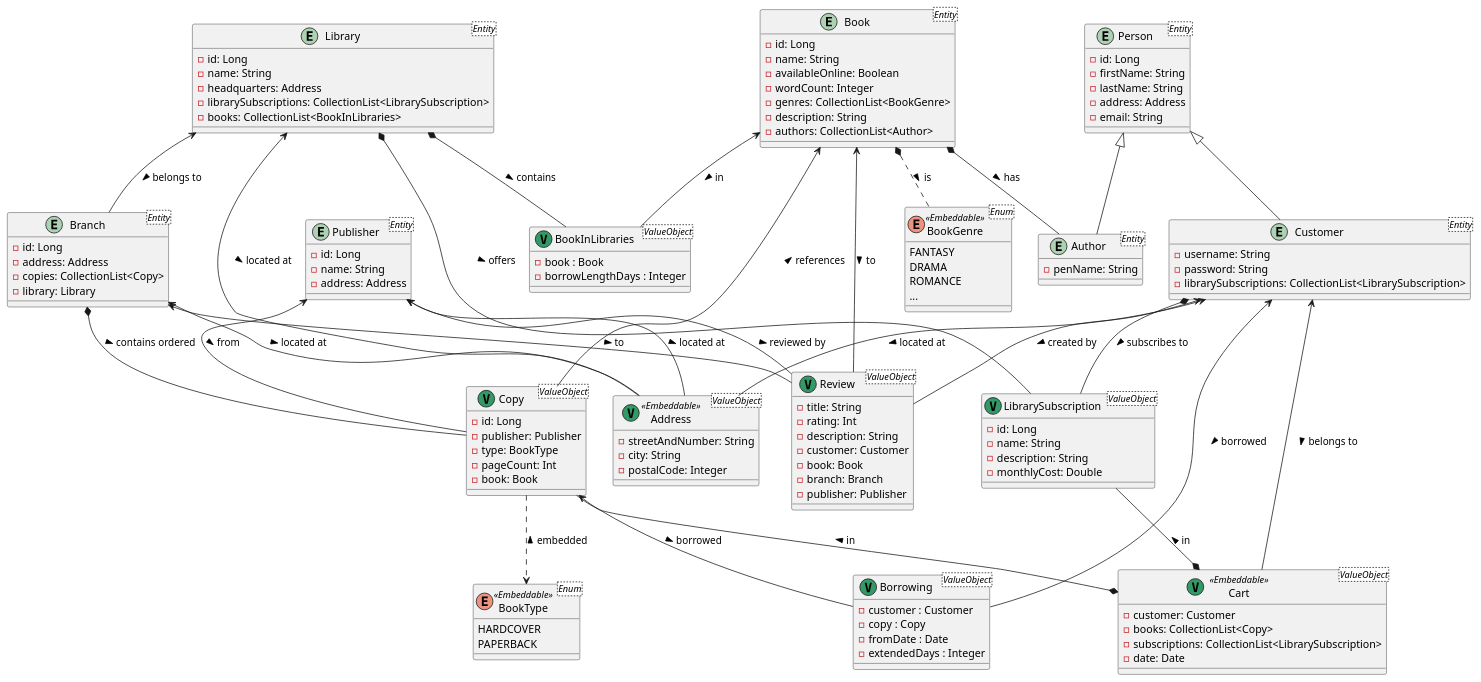
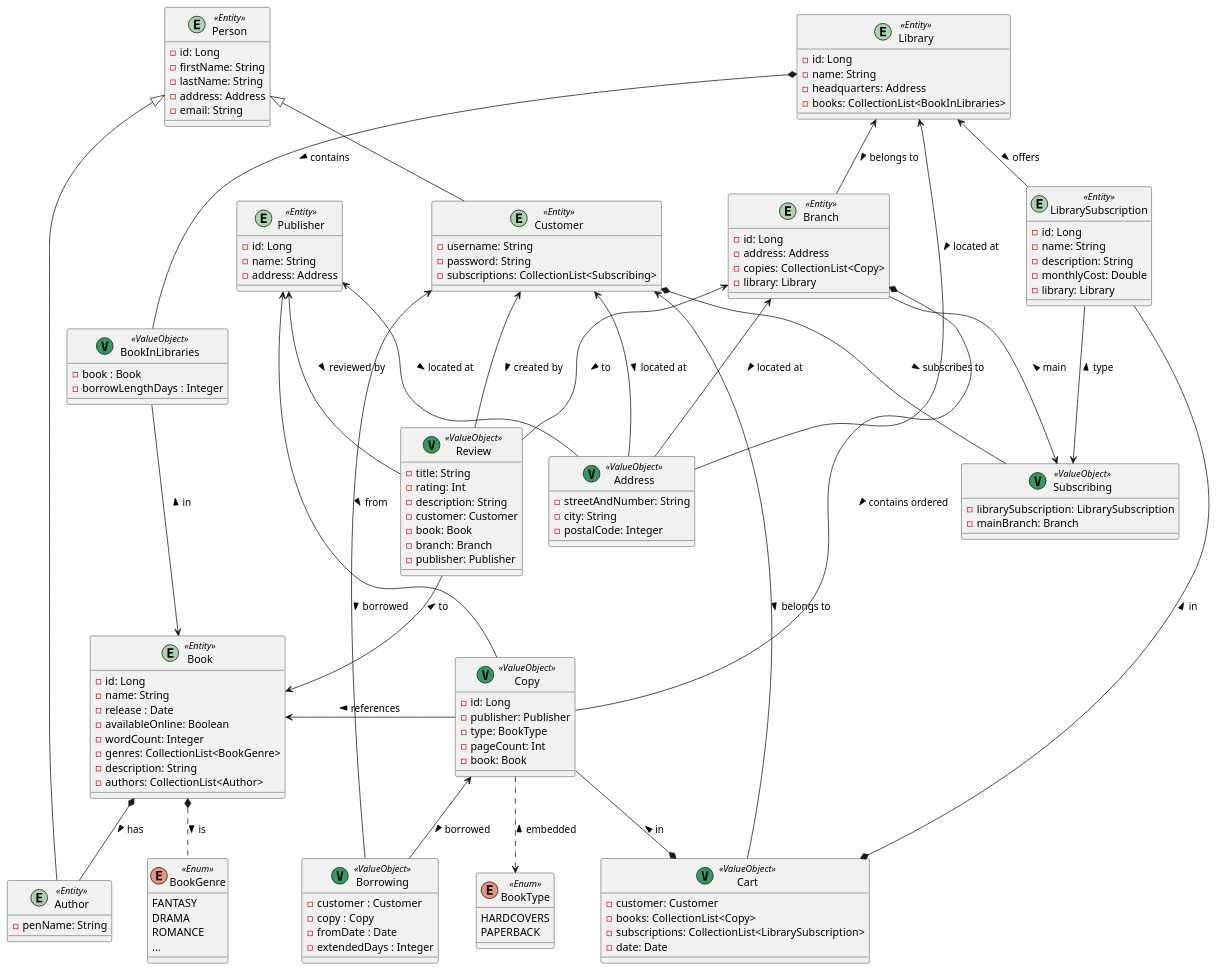
Before and after one commit to Rab210635/BackupRepoPosProject2425: the diagram in sj24-25-Scherzer-Rabar/Bibliothek.puml, drawn with PlantUML.

Commit message:
Modelling finished

```diff
--- a/sj24-25-Scherzer-Rabar/Bibliothek.puml
+++ b/sj24-25-Scherzer-Rabar/Bibliothek.puml
@@ -1,146 +1,156 @@
 @startuml
 
-entity Library <Entity> {
+entity Library <<Entity>> {
     - id: Long
     - name: String
     - headquarters: Address
-    - librarySubscriptions: CollectionList<LibrarySubscription>
     - books: CollectionList<BookInLibraries>
 }
 
-entity Branch <Entity> {
+entity Branch <<Entity>> {
     - id: Long
     - address: Address
     - copies: CollectionList<Copy>
     - library: Library
 }
 
-class BookInLibraries <ValueObject> << (V,#339966) >> {
+class BookInLibraries <<ValueObject>> << (V,#339966) >> {
     - book : Book
     - borrowLengthDays : Integer
 }
 
-entity Book <Entity> {
+entity Book <<Entity>> {
     - id: Long
     - name: String
+    - release : Date
     - availableOnline: Boolean
     - wordCount: Integer
     - genres: CollectionList<BookGenre>
     - description: String
     - authors: CollectionList<Author>
 }
 
-class Borrowing <ValueObject> << (V,#339966) >> {
+class Borrowing <<ValueObject>> << (V,#339966) >> {
     - customer : Customer
     - copy : Copy
     - fromDate : Date
     - extendedDays : Integer
 }
 
-class Copy <ValueObject> << (V,#339966) >> {
+class Copy <<ValueObject>> << (V,#339966) >> {
     - id: Long
     - publisher: Publisher
     - type: BookType
     - pageCount: Int
     - book: Book
 }
 
-class Cart <ValueObject> << (V, #339966) Embeddable >> {
+class Cart <<ValueObject>> << (V, #339966)  >> {
     - customer: Customer
     - books: CollectionList<Copy>
     - subscriptions: CollectionList<LibrarySubscription>
     - date: Date
 }
 
-entity Person <Entity> {
+entity Person <<Entity>> {
     - id: Long
     - firstName: String
     - lastName: String
     - address: Address
     - email: String
 }
 
-entity Author <Entity> extends Person {
+entity Author <<Entity>> extends Person {
     - penName: String
 }
 
-entity Customer <Entity> extends Person {
+entity Customer <<Entity>> extends Person {
     - username: String
     - password: String
-    - librarySubscriptions: CollectionList<LibrarySubscription>
+    - subscriptions: CollectionList<Subscribing>
 }
 
-class Address <ValueObject> << (V, #339966) Embeddable >> {
+class Address <<ValueObject>> << (V, #339966)  >> {
     - streetAndNumber: String
     - city: String
     - postalCode: Integer
 }
 
-class Review <ValueObject> << (V,#339966) >> {
+class Review <<ValueObject>> << (V,#339966) >> {
     - title: String
     - rating: Int
     - description: String
     - customer: Customer
     - book: Book
     - branch: Branch
     - publisher: Publisher
 }
 
-entity Publisher <Entity> {
+entity Publisher <<Entity>> {
     - id: Long
     - name: String
     - address: Address
 }
 
-class LibrarySubscription <ValueObject> << (V,#339966) >> {
+entity LibrarySubscription <<Entity>> {
     - id: Long
     - name: String
     - description: String
     - monthlyCost: Double
+    - library: Library
 }
 
-enum BookType <Enum> <<Embeddable>> {
-    HARDCOVER
+class Subscribing <<ValueObject>> << (V,#339966) >> {
+    - librarySubscription: LibrarySubscription
+    - mainBranch: Branch
+}
+
+enum BookType <<Enum>>  {
+    HARDCOVERS
     PAPERBACK
 }
 
-enum BookGenre <Enum> <<Embeddable>> {
+enum BookGenre <<Enum>>  {
     FANTASY
     DRAMA
     ROMANCE
     ...
 }
 
-Book <-- Copy : references <
-Book <-- Review : to >
-Book *.. BookGenre : is >
-Book *-- Author : has >
-Book <-- BookInLibraries : in >
+
 
 Customer <-- Address : located at >
-Customer *-- LibrarySubscription: subscribes to >
+Customer *-- Subscribing: subscribes to >
 Customer <-- Cart: belongs to >
 Customer <-- Review: created by >
 Customer <-- Borrowing: borrowed >
 
 Publisher <-- Copy : from >
 Publisher <-- Address : located at >
 Publisher <-- Review : reviewed by >
 
 Branch <-- Address : located at >
 Branch <-- Review : to >
 Branch *-- Copy : contains ordered >
+Branch --> Subscribing: main <
+
+Book <-right- Copy : references <
+Book <-up- Review : to >
+Book *.. BookGenre : is >
+Book *-- Author : has >
+Book <-up- BookInLibraries : in >
 
 Library <-- Branch: belongs to >
 Library <-- Address : located at >
-Library *-- LibrarySubscription: offers >
+Library <-- LibrarySubscription: offers >
 Library *-- BookInLibraries: contains >
 
 LibrarySubscription --* Cart: in <
+LibrarySubscription --> Subscribing: type <
 
 Copy --* Cart : in <
 Copy ..> BookType : embedded <
 Copy <-- Borrowing : borrowed >
 
 
 @enduml
```
